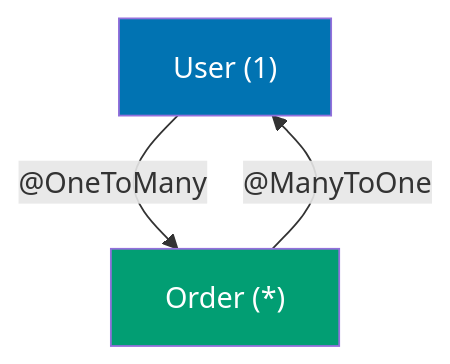
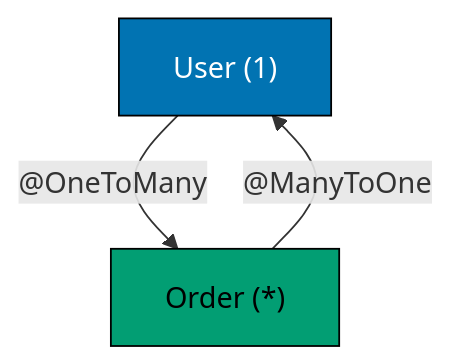
Before and after one commit to wahidyankf/ose-public: the seventh of 10 diagrams in apps/ayokoding-www/content/en/learn/legacy/software-engineering/platforms/web/tools/jvm-spring-boot/by-example/beginner.md, drawn with Mermaid. The commit also changed other lines of this file and 130 other files, not shown here.

First line of the commit message:
fix(mermaid): bring the legacy platforms diagrams onto the accessible palette

````diff
--- a/apps/ayokoding-www/content/en/learn/legacy/software-engineering/platforms/web/tools/jvm-spring-boot/by-example/beginner.md
+++ b/apps/ayokoding-www/content/en/learn/legacy/software-engineering/platforms/web/tools/jvm-spring-boot/by-example/beginner.md
@@ -2090,9 +2131,14 @@
 ```mermaid
 %% Color Palette: Blue #0173B2, Orange #DE8F05, Teal #029E73, Purple #CC78BC, Brown #CA9161
 graph TD
+    accTitle: Example 12: Entity Relationships
+    accDescr: Graph with 2 nodes and 2 connections. Nodes: User 40141, Order 40*41. Connections: User 40141 to Order 40*41 (@OneToMany), Order 40*41 to User 40141 (@ManyToOne).
     User["User #40;1#41;"] -->|"@OneToMany"| Order["Order #40;*#41;"]
     Order -->|"@ManyToOne"| User
 
-    style User fill:#0173B2,color:#fff
-    style Order fill:#029E73,color:#fff
+    classDef pal-0173B2 fill:#0173B2,stroke:#000000,color:#FFFFFF
+    class User pal-0173B2
+    classDef pal-029E73 fill:#029E73,stroke:#000000,color:#000000
+    class Order pal-029E73
+    classDef default fill:#FFFFFF,stroke:#000000,color:#000000
 ```
````
